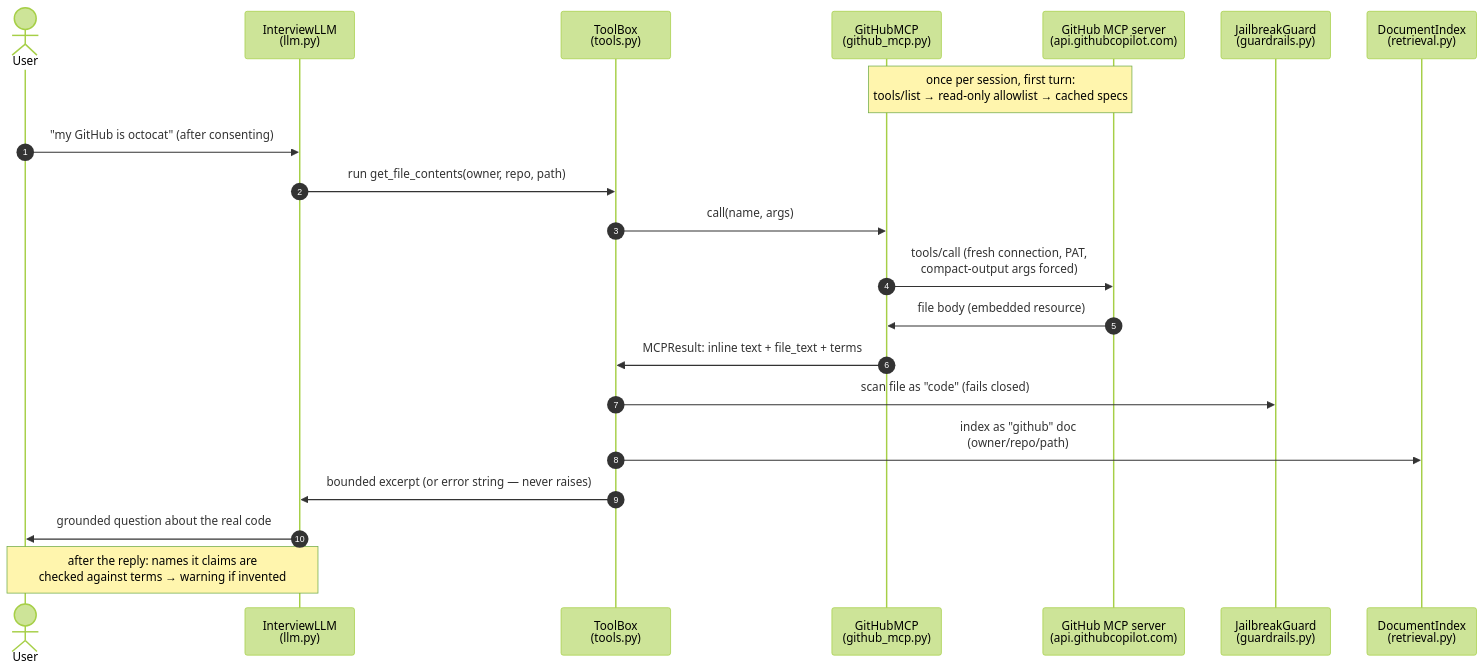
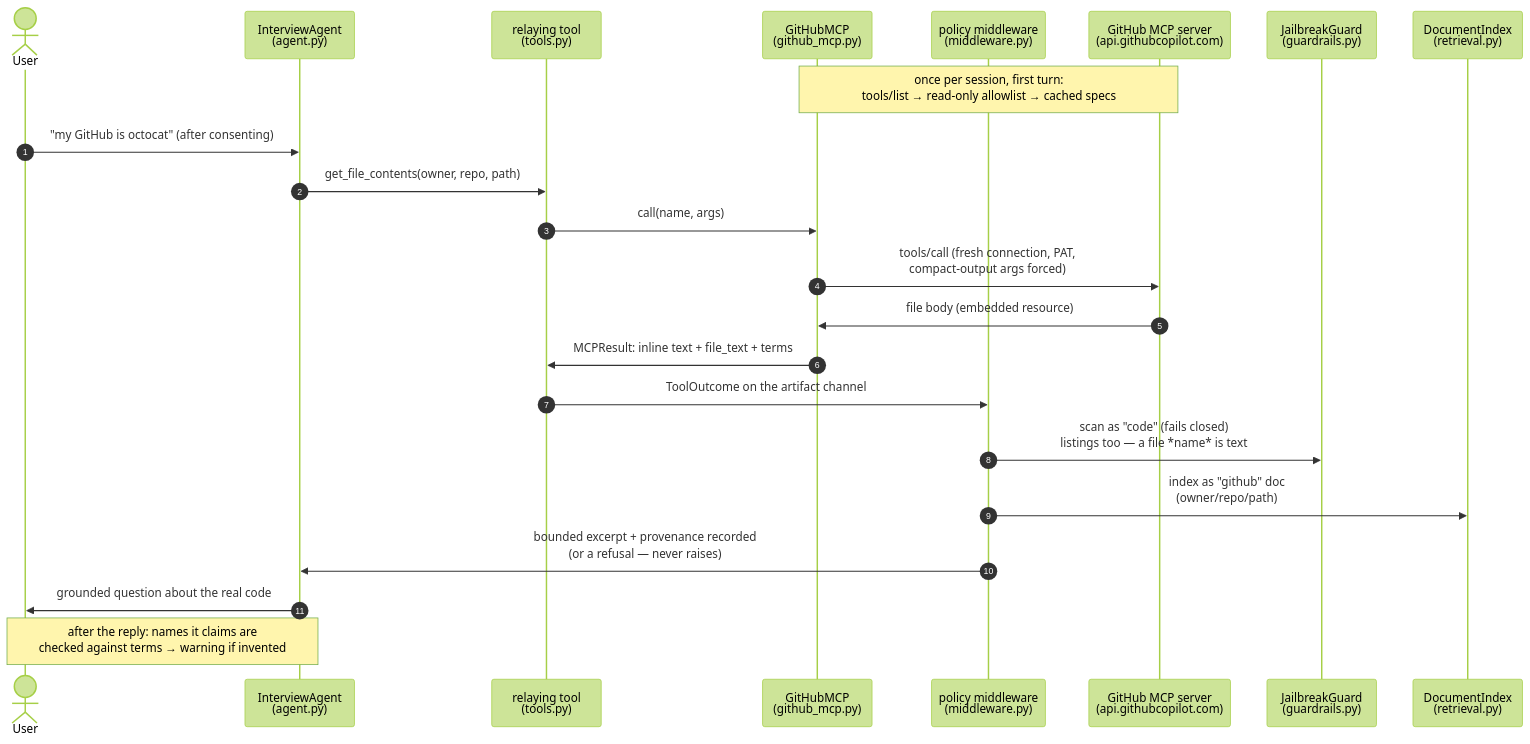
Before and after one commit to DukeOfErl/interv_preper: the third of 7 diagrams in docs/diagrams/architecture.md, drawn with Mermaid (forest theme). The commit also changed other lines of this file and 22 other files, not shown here.

````diff
--- a/docs/diagrams/architecture.md
+++ b/docs/diagrams/architecture.md
@@ -103,24 +111,26 @@
 ```mermaid
 sequenceDiagram
     autonumber
     actor U as User
-    participant L as InterviewLLM<br/>(llm.py)
-    participant T as ToolBox<br/>(tools.py)
+    participant L as InterviewAgent<br/>(agent.py)
+    participant T as relaying tool<br/>(tools.py)
     participant M as GitHubMCP<br/>(github_mcp.py)
+    participant P as policy middleware<br/>(middleware.py)
     participant S as GitHub MCP server<br/>(api.githubcopilot.com)
     participant G as JailbreakGuard<br/>(guardrails.py)
     participant R as DocumentIndex<br/>(retrieval.py)
 
     Note over M,S: once per session, first turn:<br/>tools/list → read-only allowlist → cached specs
     U->>L: "my GitHub is octocat" (after consenting)
-    L->>T: run get_file_contents(owner, repo, path)
+    L->>T: get_file_contents(owner, repo, path)
     T->>M: call(name, args)
     M->>S: tools/call (fresh connection, PAT,<br/>compact-output args forced)
     S->>M: file body (embedded resource)
     M->>T: MCPResult: inline text + file_text + terms
-    T->>G: scan file as "code" (fails closed)
-    T->>R: index as "github" doc<br/>(owner/repo/path)
-    T->>L: bounded excerpt (or error string — never raises)
+    T->>P: ToolOutcome on the artifact channel
+    P->>G: scan as "code" (fails closed)<br/>listings too — a file *name* is text
+    P->>R: index as "github" doc<br/>(owner/repo/path)
+    P->>L: bounded excerpt + provenance recorded<br/>(or a refusal — never raises)
     L->>U: grounded question about the real code
     Note over L,U: after the reply: names it claims are<br/>checked against terms → warning if invented
 ```
````
